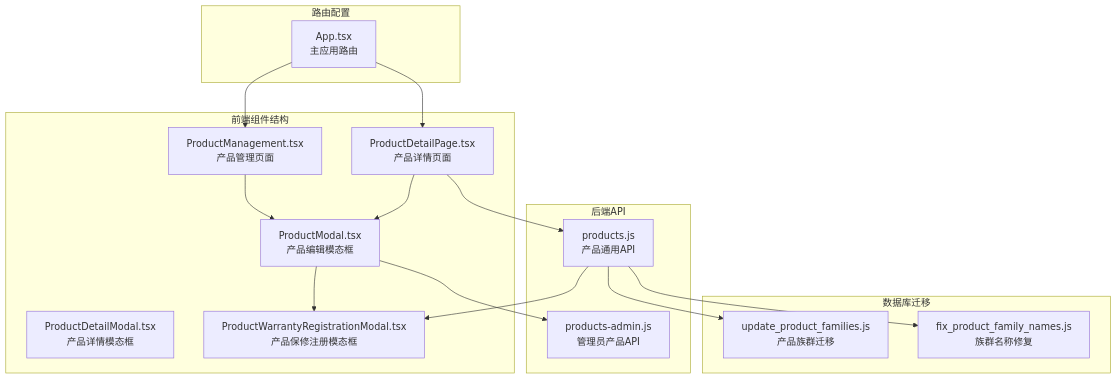
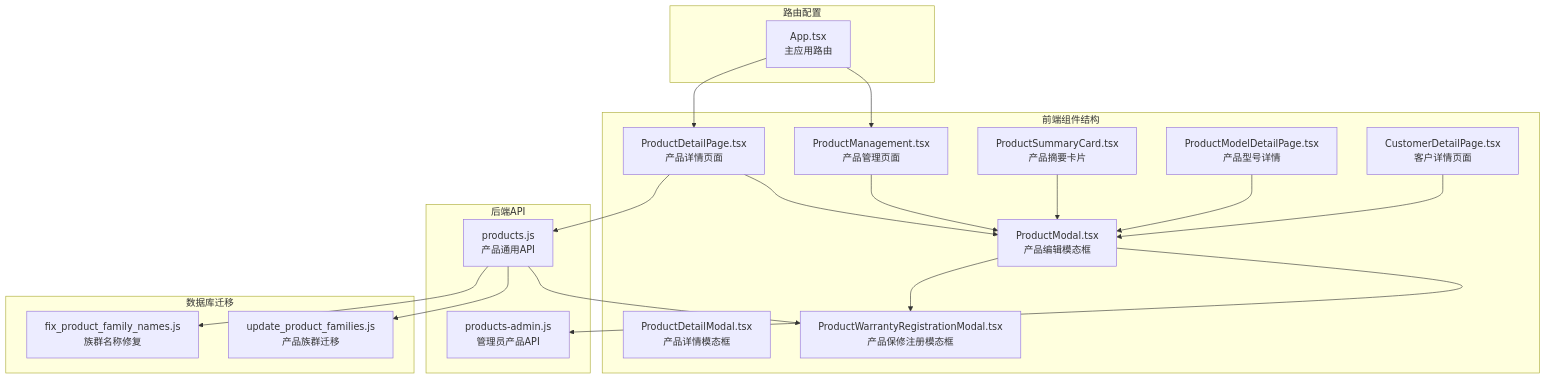
Before and after one commit to CubeEdge/Longhorn: the first of 20 diagrams in .qoder/repowiki/zh/content/前端组件架构/产品详情页面组件/产品编辑模态框.md, drawn with Mermaid. The commit also changed other lines of this file and 53 other files, not shown here.

````diff
--- a/.qoder/repowiki/zh/content/前端组件架构/产品详情页面组件/产品编辑模态框.md
+++ b/.qoder/repowiki/zh/content/前端组件架构/产品详情页面组件/产品编辑模态框.md
@@ -50,31 +52,37 @@
 ```mermaid
 graph TB
 subgraph "前端组件结构"
 PM[ProductManagement.tsx<br/>产品管理页面]
 PD[ProductDetailPage.tsx<br/>产品详情页面]
 PMD[ProductModal.tsx<br/>产品编辑模态框]
 PDM[ProductDetailModal.tsx<br/>产品详情模态框]
 WRM[ProductWarrantyRegistrationModal.tsx<br/>产品保修注册模态框]
+PSC[ProductSummaryCard.tsx<br/>产品摘要卡片]
+PMDL[ProductModelDetailPage.tsx<br/>产品型号详情]
+CDP[CustomerDetailPage.tsx<br/>客户详情页面]
 end
 subgraph "路由配置"
 APP[App.tsx<br/>主应用路由]
 end
 subgraph "后端API"
 PA[products-admin.js<br/>管理员产品API]
 PS[products.js<br/>产品通用API]
 end
 subgraph "数据库迁移"
 MIG1[update_product_families.js<br/>产品族群迁移]
 MIG2[fix_product_family_names.js<br/>族群名称修复]
 end
 PM --> PMD
 PD --> PMD
 APP --> PM
 APP --> PD
 PMD --> PA
 PMD --> WRM
 PD --> PS
 PS --> WRM
 PS --> MIG1
 PS --> MIG2
+PSC --> PMD
+PMDL --> PMD
+CDP --> PMD
 ```
````
